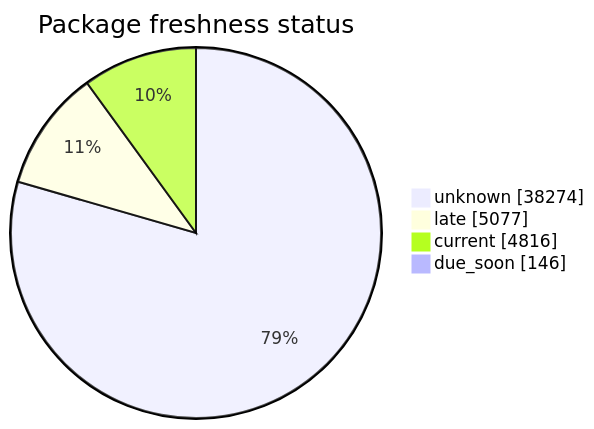
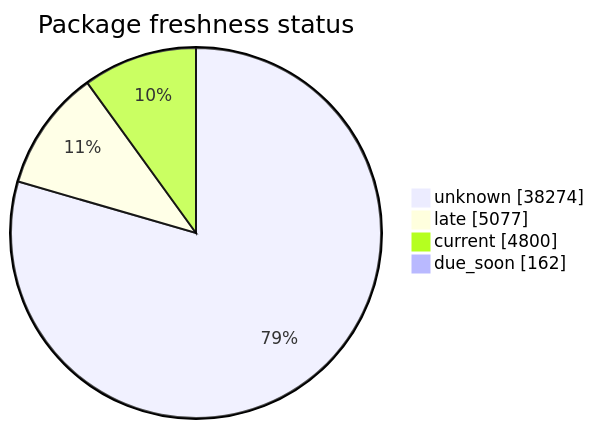
The second of 5 diagrams in FreshCheck/README.md (open-data/analytics-corporate-reporting), drawn with Mermaid before and after one commit. The commit also changed other lines of this file and 3 other files, not shown here.

````diff
--- a/FreshCheck/README.md
+++ b/FreshCheck/README.md
@@ -68,7 +68,7 @@
 ```mermaid
 pie showData title Package freshness status
     "unknown": 38274
     "late": 5077
-    "current": 4816
-    "due_soon": 146
+    "current": 4800
+    "due_soon": 162
 ```
````
